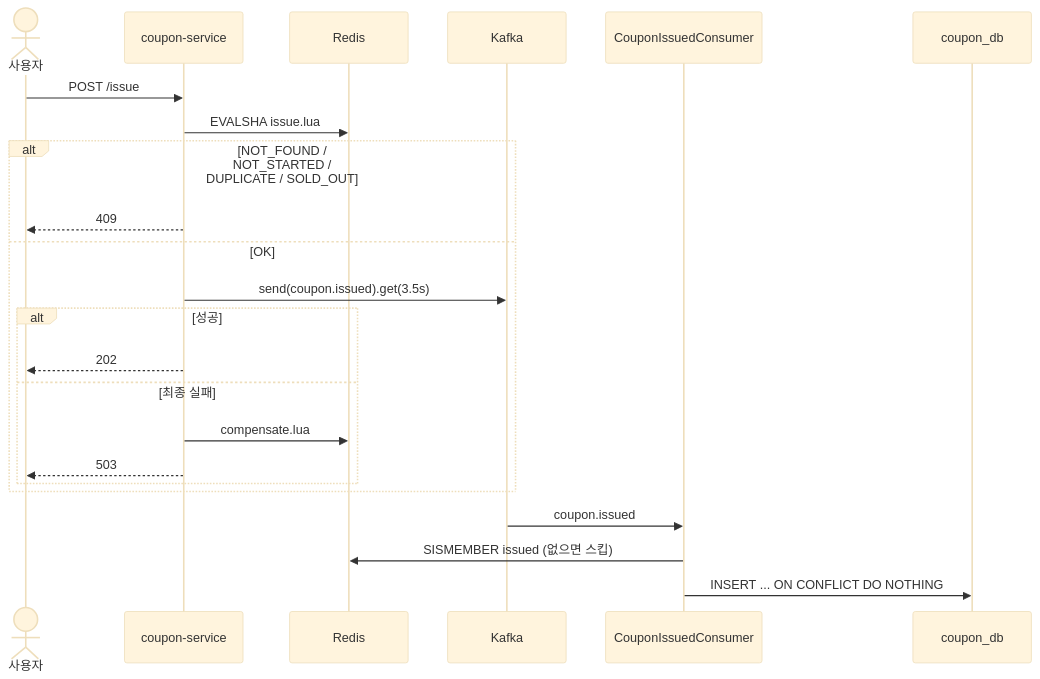
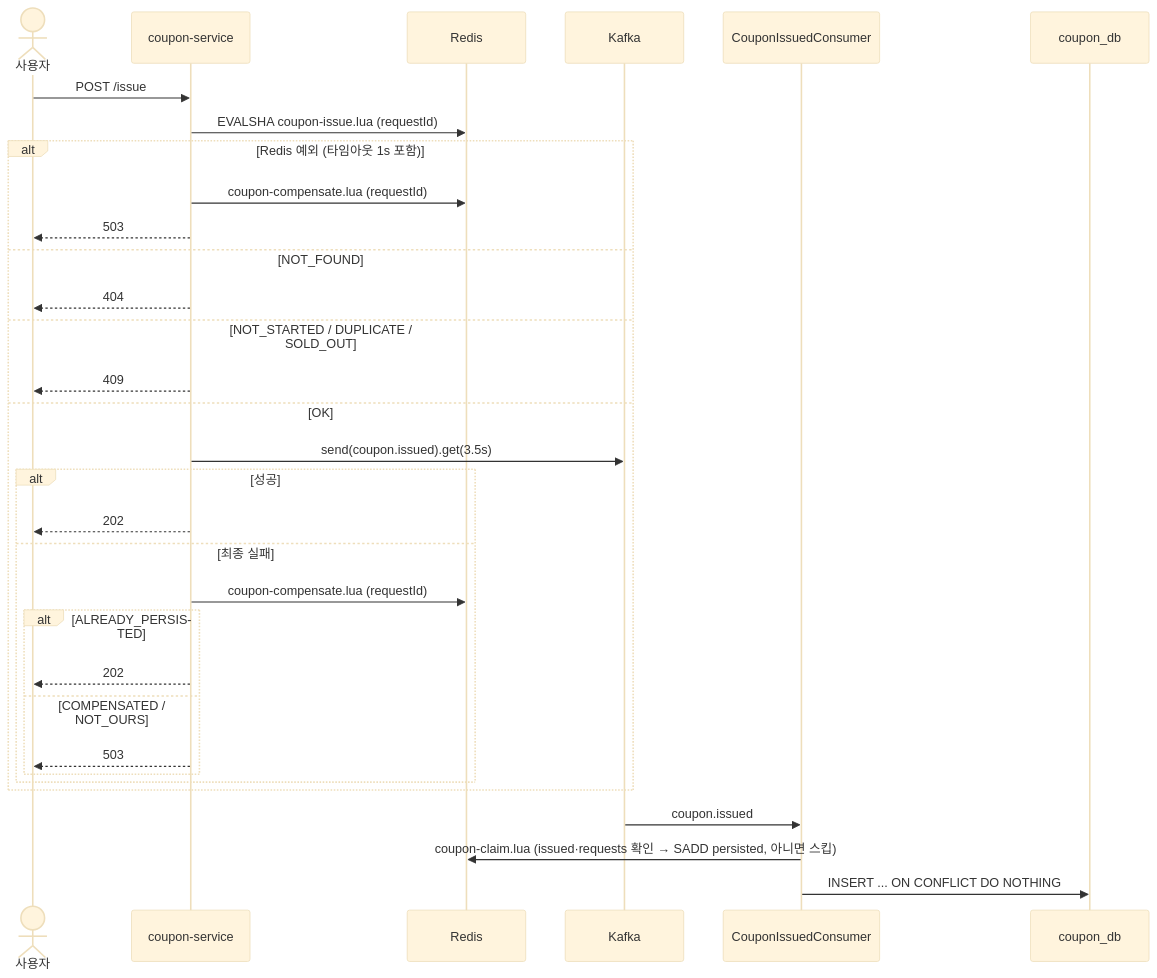
The diagram in docs/design/05-features/coupon-issue.md (dd-jiny/queue-drop), drawn with Mermaid (base theme) before and after one commit. The commit also changed other lines of this file and 7 other files, not shown here.

````diff
--- a/docs/design/05-features/coupon-issue.md
+++ b/docs/design/05-features/coupon-issue.md
@@ -66,26 +70,35 @@
 ```mermaid
 sequenceDiagram
     actor U as 사용자
     participant CS as coupon-service
     participant R as Redis
     participant K as Kafka
     participant C as CouponIssuedConsumer
     participant DB as coupon_db
 
     U->>CS: POST /issue
-    CS->>R: EVALSHA issue.lua
-    alt NOT_FOUND / NOT_STARTED / DUPLICATE / SOLD_OUT
+    CS->>R: EVALSHA coupon-issue.lua (requestId)
+    alt Redis 예외 (타임아웃 1s 포함)
+        CS->>R: coupon-compensate.lua (requestId)
+        CS-->>U: 503
+    else NOT_FOUND
+        CS-->>U: 404
+    else NOT_STARTED / DUPLICATE / SOLD_OUT
         CS-->>U: 409
     else OK
         CS->>K: send(coupon.issued).get(3.5s)
         alt 성공
             CS-->>U: 202
         else 최종 실패
-            CS->>R: compensate.lua
-            CS-->>U: 503
+            CS->>R: coupon-compensate.lua (requestId)
+            alt ALREADY_PERSISTED
+                CS-->>U: 202
+            else COMPENSATED / NOT_OURS
+                CS-->>U: 503
+            end
         end
     end
     K->>C: coupon.issued
-    C->>R: SISMEMBER issued (없으면 스킵)
+    C->>R: coupon-claim.lua (issued·requests 확인 → SADD persisted, 아니면 스킵)
     C->>DB: INSERT ... ON CONFLICT DO NOTHING
 ```
````
